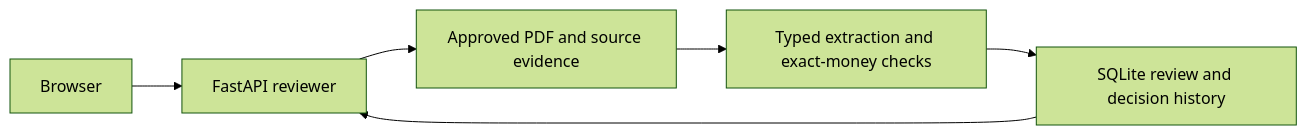
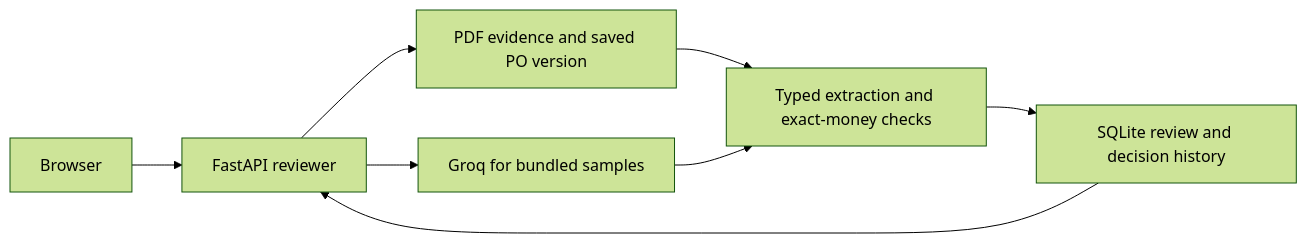
The diagram in README.md (RenoX23/invoicematch-document-ai), drawn with Mermaid (forest theme) before and after one commit. The commit also changed other lines of this file and 12 other files, not shown here.

````diff
--- a/README.md
+++ b/README.md
@@ -21,8 +28,10 @@
 ```mermaid
 flowchart LR
     Browser --> API[FastAPI reviewer]
-    API --> PDF[Approved PDF and source evidence]
+    API --> PDF[PDF evidence and saved PO version]
     PDF --> Rules[Typed extraction and exact-money checks]
+    API --> Groq[Groq for bundled samples]
+    Groq --> Rules
     Rules --> Store[SQLite review and decision history]
     Store --> API
 ```
````
